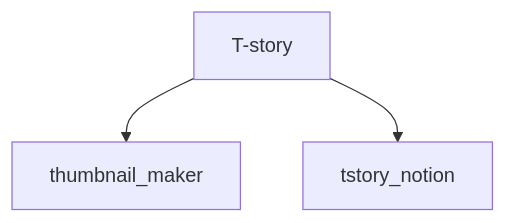
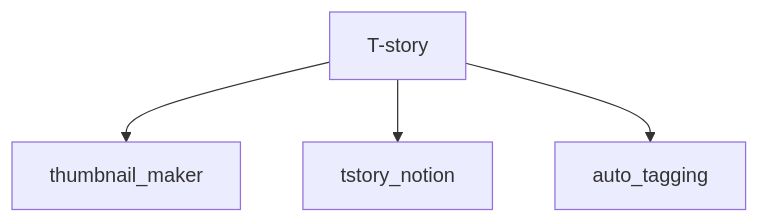
One commit to najung-h/T-story changed the diagram in README.md. Above: the diagram before and after it, drawn with Mermaid.

Commit message:
update(README)  레포지토리 구조

````diff
--- a/README.md
+++ b/README.md
@@ -46,7 +46,8 @@
 ```mermaid
 graph TD
 A[T-story] --> B[thumbnail_maker]
 A --> C[tstory_notion]
+A --> D[auto_tagging]
 
 
 ```
````
